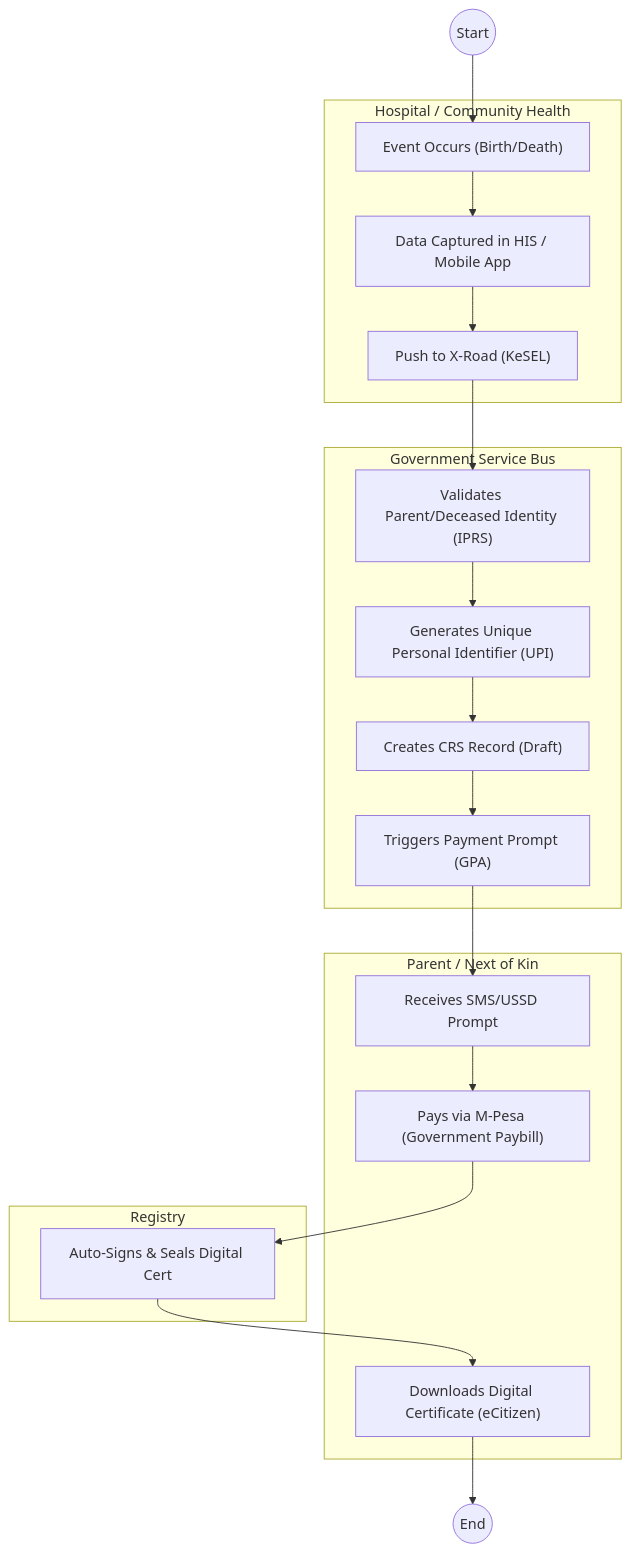
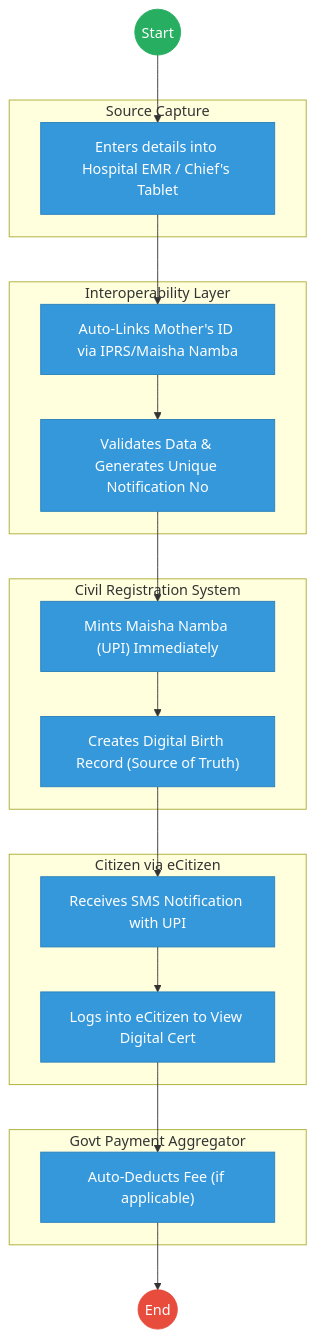
One commit to BITZ-IT-Consulting-LTD/ictapoc changed the second of 2 diagrams in mdas/docs_final/_CIVIL_REGISTRATION_SERVICES_CRS____Service_Delivery.md. Above: the diagram before and after it, drawn with Mermaid. The commit also changed other lines of this file and 461 other files, not shown here.

````diff
--- a/mdas/docs_final/_CIVIL_REGISTRATION_SERVICES_CRS____Service_Delivery.md
+++ b/mdas/docs_final/_CIVIL_REGISTRATION_SERVICES_CRS____Service_Delivery.md
@@ -118,35 +130,45 @@
 ```mermaid
 graph TD
     Start((Start)) --> S1
-    subgraph Health_System [Hospital / Community Health]
-        S1["Event Occurs (Birth/Death)"]
-        S2["Data Captured in HIS / Mobile App"]
-        S3["Push to X-Road (KeSEL)"]
+
+    subgraph Health_Staff [Source Capture]
+        S1["Enters details into Hospital EMR / Chief's Tablet"]
     end
-    subgraph WoG_Platform [Government Service Bus]
-        S4["Validates Parent/Deceased Identity (IPRS)"]
-        S5["Generates Unique Personal Identifier (UPI)"]
-        S6["Creates CRS Record (Draft)"]
-        S7["Triggers Payment Prompt (GPA)"]
+
+    subgraph WoG_Platform [Interoperability Layer]
+        S2["Auto-Links Mother's ID via IPRS/Maisha Namba"]
+        S3["Validates Data & Generates Unique Notification No"]
     end
-    subgraph Citizen [Parent / Next of Kin]
-        S8["Receives SMS/USSD Prompt"]
-        S9["Pays via M-Pesa (Government Paybill)"]
-        S11["Downloads Digital Certificate (eCitizen)"]
+
+    subgraph CRS_Core [Civil Registration System]
+        S4["Mints Maisha Namba (UPI) Immediately"]
+        S5["Creates Digital Birth Record (Source of Truth)"]
     end
-    subgraph CRS_Backend [Registry]
-        S10["Auto-Signs & Seals Digital Cert"]
+
+    subgraph Parent [Citizen via eCitizen]
+        S6["Receives SMS Notification with UPI"]
+        S7["Logs into eCitizen to View Digital Cert"]
     end
     
+    subgraph Payments [Govt Payment Aggregator]
+        S8["Auto-Deducts Fee (if applicable)"]
+    end
+
     S1 --> S2
     S2 --> S3
     S3 --> S4
     S4 --> S5
     S5 --> S6
     S6 --> S7
     S7 --> S8
-    S8 --> S9
-    S9 --> S10
-    S10 --> S11
-    S11 --> End((End))
+    S8 --> End((End))
+
+    classDef start fill:#27ae60,stroke:#27ae60,color:#fff;
+    classDef endNode fill:#e74c3c,stroke:#e74c3c,color:#fff;
+    classDef userTask fill:#3498db,stroke:#2980b9,color:#fff;
+    classDef serviceTask fill:#9b59b6,stroke:#8e44ad,color:#fff;
+
+    class Start start;
+    class End endNode;
+    class S1,S2,S3,S4,S5,S6,S7,S8 userTask;
 ```
````
